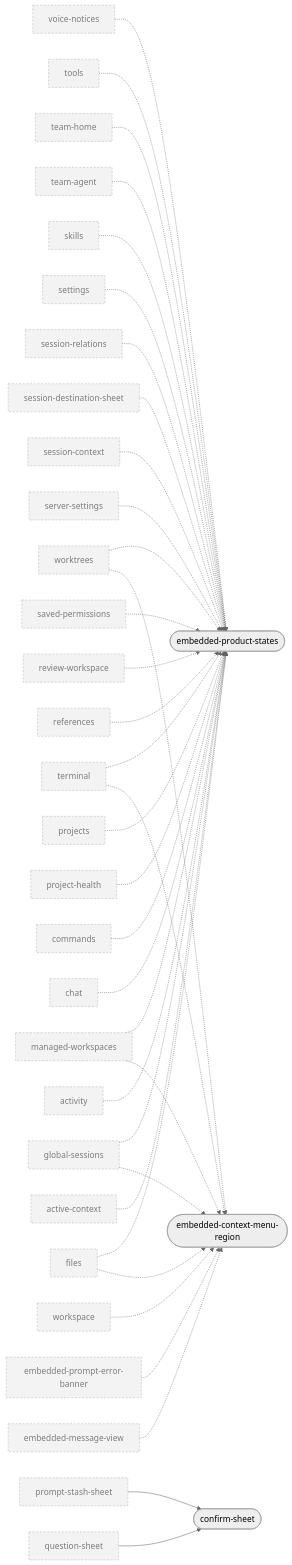
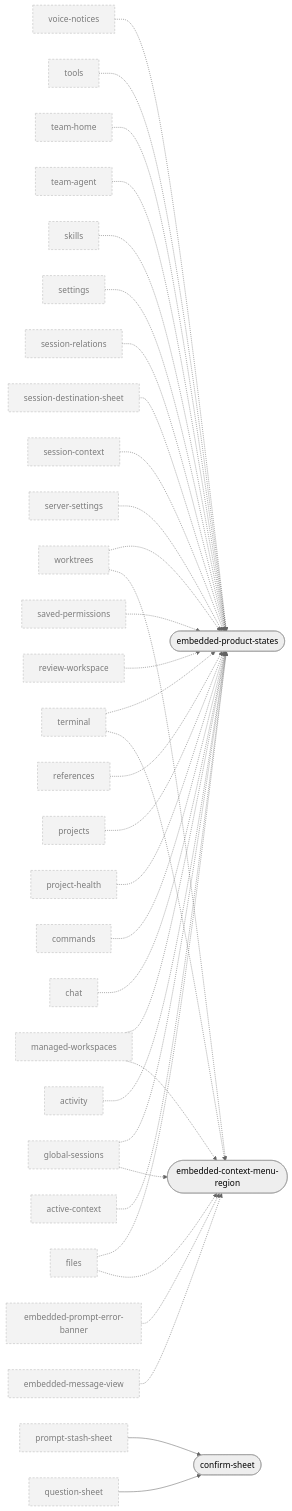
One commit to Eslamasabry/opencode-mobile-next changed the tenth of 10 diagrams in docs/design/ui-ledger/navigation.md. Above: the diagram before and after it, drawn with Mermaid (neutral theme). The commit also changed other lines of this file and 133 other files, not shown here.

````diff
--- a/docs/design/ui-ledger/navigation.md
+++ b/docs/design/ui-ledger/navigation.md
@@ -1332,70 +1290,68 @@
 ```mermaid
 graph LR
   active_context["active-context"]:::ext
   activity["activity"]:::ext
   chat["chat"]:::ext
   commands["commands"]:::ext
   confirm_sheet(["confirm-sheet"])
   embedded_context_menu_region(["embedded-context-menu-region"])
   embedded_message_view["embedded-message-view"]:::ext
   embedded_product_states(["embedded-product-states"])
   embedded_prompt_error_banner["embedded-prompt-error-banner"]:::ext
   files["files"]:::ext
   global_sessions["global-sessions"]:::ext
   managed_workspaces["managed-workspaces"]:::ext
   project_health["project-health"]:::ext
   projects["projects"]:::ext
   prompt_stash_sheet["prompt-stash-sheet"]:::ext
   question_sheet["question-sheet"]:::ext
   references["references"]:::ext
   review_workspace["review-workspace"]:::ext
   saved_permissions["saved-permissions"]:::ext
   server_settings["server-settings"]:::ext
   session_context["session-context"]:::ext
   session_destination_sheet["session-destination-sheet"]:::ext
   session_relations["session-relations"]:::ext
   settings["settings"]:::ext
   skills["skills"]:::ext
   team_agent["team-agent"]:::ext
   team_home["team-home"]:::ext
   terminal["terminal"]:::ext
   tools["tools"]:::ext
   voice_notices["voice-notices"]:::ext
-  workspace["workspace"]:::ext
   worktrees["worktrees"]:::ext
   question_sheet --> confirm_sheet
   prompt_stash_sheet --> confirm_sheet
   embedded_message_view -.-> embedded_context_menu_region
   embedded_prompt_error_banner -.-> embedded_context_menu_region
   files -.-> embedded_context_menu_region
   global_sessions -.-> embedded_context_menu_region
   managed_workspaces -.-> embedded_context_menu_region
   terminal -.-> embedded_context_menu_region
-  workspace -.-> embedded_context_menu_region
   worktrees -.-> embedded_context_menu_region
   active_context -.-> embedded_product_states
   activity -.-> embedded_product_states
   chat -.-> embedded_product_states
   commands -.-> embedded_product_states
   files -.-> embedded_product_states
   global_sessions -.-> embedded_product_states
   managed_workspaces -.-> embedded_product_states
   project_health -.-> embedded_product_states
   projects -.-> embedded_product_states
   references -.-> embedded_product_states
   review_workspace -.-> embedded_product_states
   saved_permissions -.-> embedded_product_states
   server_settings -.-> embedded_product_states
   session_context -.-> embedded_product_states
   session_destination_sheet -.-> embedded_product_states
   session_relations -.-> embedded_product_states
   settings -.-> embedded_product_states
   skills -.-> embedded_product_states
   team_agent -.-> embedded_product_states
   team_home -.-> embedded_product_states
   terminal -.-> embedded_product_states
   tools -.-> embedded_product_states
   voice_notices -.-> embedded_product_states
   worktrees -.-> embedded_product_states
   classDef ext stroke-dasharray: 4 3,opacity:0.7
 ```
````
